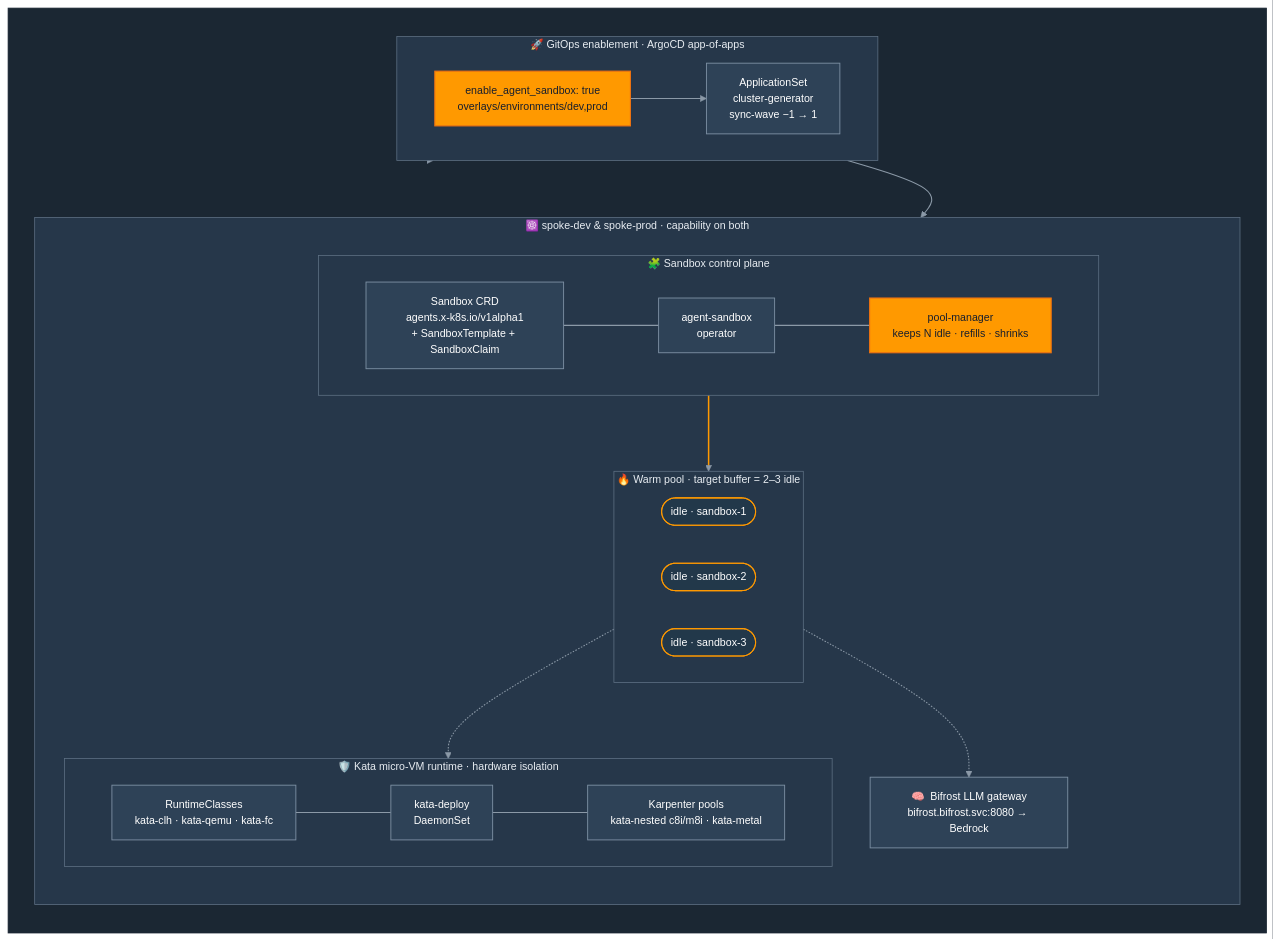
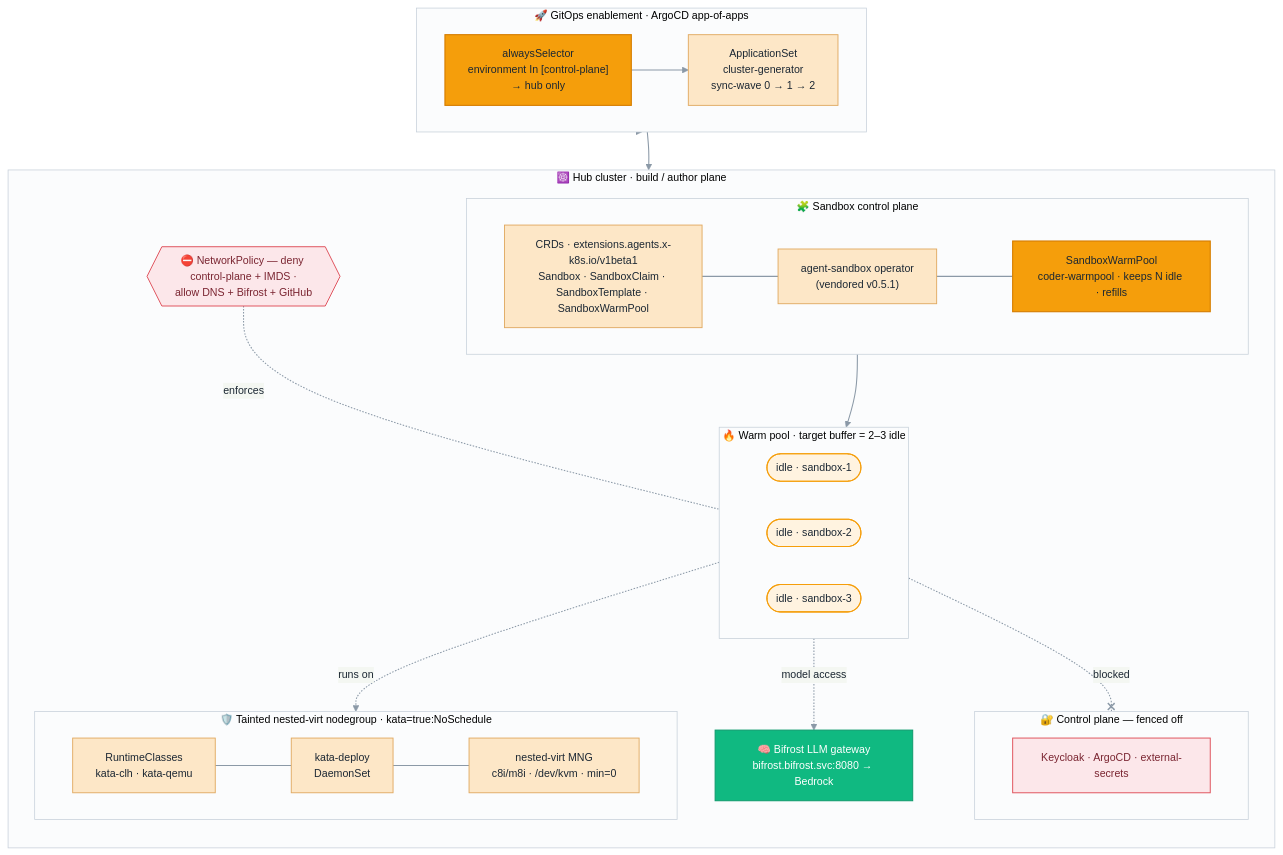
The first of 2 diagrams in docs/dark-factory/diagrams/flow-a-sandbox-capability.md (aws-samples/sample-open-agentic-platform), drawn with Mermaid before and after one commit. The commit also changed other lines of this file, not shown here.

Commit message:
docs(dark-factory): Flow A diagram — relocate sandbox capability to hub
Capability moves spoke-dev → hub (build/author plane, co-located with Argo
Workflows). Diagram now shows the tainted nested-virt nodegroup, native
SandboxWarmPool (not the dropped pool-manager), control-plane fencing +
NetworkPolicy egress lockdown, and hub-only alwaysSelector gating. Restyled to
the EKS-isolation deck palette (gray/orange/green/pink, light background).

````diff
--- a/docs/dark-factory/diagrams/flow-a-sandbox-capability.md
+++ b/docs/dark-factory/diagrams/flow-a-sandbox-capability.md
@@ -13,65 +23,66 @@
 ```mermaid
 %%{init: {'theme':'base','themeVariables':{
   'fontFamily':'Amazon Ember, Helvetica, Arial, sans-serif','fontSize':'14px',
-  'primaryColor':'#2E3E50','primaryBorderColor':'#5F7185','primaryTextColor':'#FFFFFF',
-  'lineColor':'#8B99A7','clusterBkg':'#26374A','clusterBorder':'#5F7185',
-  'tertiaryColor':'#1B2733'}}}%%
+  'primaryColor':'#F2F4F7','primaryBorderColor':'#B6C0CC','primaryTextColor':'#1B2733',
+  'lineColor':'#8B99A7','clusterBkg':'#FBFCFD','clusterBorder':'#C7D0DA'}}}%%
 flowchart TB
-    classDef canvas  fill:#1B2733,stroke:#1B2733,color:#FFFFFF;
-    classDef band    fill:#26374A,stroke:#5F7185,color:#E8EDF2,stroke-width:1px;
-    classDef node    fill:#2E4257,stroke:#7C8FA3,color:#FFFFFF,stroke-width:1.2px;
-    classDef accent  fill:#FF9900,stroke:#EC7211,color:#161E2D,stroke-width:1.5px;
-    classDef warm    fill:#22384A,stroke:#FF9900,color:#FFFFFF,stroke-width:1.4px;
-    classDef muted   fill:#243244,stroke:#415266,color:#AEB8C4,stroke-width:1px;
+    classDef active  fill:#F59E0B,stroke:#D67E00,color:#1B2733,stroke-width:1.5px;
+    classDef ok      fill:#10B981,stroke:#0E9A6C,color:#FFFFFF,stroke-width:1.3px;
+    classDef node    fill:#FDE7C7,stroke:#E0A960,color:#1B2733,stroke-width:1.2px;
+    classDef vm      fill:#FFF3E0,stroke:#F59E0B,color:#1B2733,stroke-width:1.4px;
+    classDef guard   fill:#FCE7EA,stroke:#E0555F,color:#7A2531,stroke-width:1.3px;
+    classDef neutral fill:#ECEFF3,stroke:#B6C0CC,color:#1B2733,stroke-width:1px;
 
-    subgraph CANVAS["  "]
+    subgraph GITOPS["🚀  GitOps enablement · ArgoCD app-of-apps"]
+        direction LR
+        FLAG["alwaysSelector<br/>environment In [control-plane]<br/>→ hub only"]:::active
+        APPSET["ApplicationSet<br/>cluster-generator<br/>sync-wave 0 → 1 → 2"]:::node
+        FLAG --> APPSET
+    end
+
+    subgraph HUB["☸️  Hub cluster · build / author plane"]
     direction TB
 
-        subgraph GITOPS["🚀  GitOps enablement · ArgoCD app-of-apps"]
+        subgraph CP["🔐  Control plane — fenced off"]
             direction LR
-            FLAG["enable_agent_sandbox: true<br/>overlays/environments/dev,prod"]:::accent
-            APPSET["ApplicationSet<br/>cluster-generator<br/>sync-wave −1 → 1"]:::node
-            FLAG --> APPSET
+            KC["Keycloak · ArgoCD · external-secrets"]:::guard
         end
 
-        subgraph CLUSTER["☸️  spoke-dev  &amp;  spoke-prod  ·  capability on both"]
-            direction TB
+        subgraph OPER["🧩  Sandbox control plane"]
+            direction LR
+            CRD["CRDs · extensions.agents.x-k8s.io/v1beta1<br/>Sandbox · SandboxClaim · SandboxTemplate · SandboxWarmPool"]:::node
+            OPCTL["agent-sandbox operator<br/>(vendored v0.5.1)"]:::node
+            WP["SandboxWarmPool<br/>coder-warmpool · keeps N idle · refills"]:::active
+            CRD --- OPCTL --- WP
+        end
 
-            subgraph OPER["🧩  Sandbox control plane"]
-                direction LR
-                CRD["Sandbox CRD<br/>agents.x-k8s.io/v1alpha1<br/>+ SandboxTemplate + SandboxClaim"]:::node
-                OPCTL["agent-sandbox<br/>operator"]:::node
-                POOL["pool-manager<br/>keeps N idle · refills · shrinks"]:::accent
-                CRD --- OPCTL --- POOL
-            end
+        subgraph WARM["🔥  Warm pool · target buffer = 2–3 idle"]
+            direction LR
+            S1(["idle · sandbox-1"]):::vm
+            S2(["idle · sandbox-2"]):::vm
+            S3(["idle · sandbox-3"]):::vm
+        end
 
-            subgraph WARM["🔥  Warm pool · target buffer = 2–3 idle"]
-                direction LR
-                S1(["idle · sandbox-1"]):::warm
-                S2(["idle · sandbox-2"]):::warm
-                S3(["idle · sandbox-3"]):::warm
-            end
+        subgraph KATA["🛡️  Tainted nested-virt nodegroup · kata=true:NoSchedule"]
+            direction LR
+            RC["RuntimeClasses<br/>kata-clh · kata-qemu"]:::node
+            KD["kata-deploy<br/>DaemonSet"]:::node
+            MNG["nested-virt MNG<br/>c8i/m8i · /dev/kvm · min=0"]:::node
+            RC --- KD --- MNG
+        end
 
-            subgraph KATA["🛡️  Kata micro-VM runtime · hardware isolation"]
-                direction LR
-                RC["RuntimeClasses<br/>kata-clh · kata-qemu · kata-fc"]:::node
-                KD["kata-deploy<br/>DaemonSet"]:::node
-                NP["Karpenter pools<br/>kata-nested c8i/m8i · kata-metal"]:::node
-                RC --- KD --- NP
-            end
-
-            MODEL["🧠  Bifrost LLM gateway<br/>bifrost.bifrost.svc:8080 → Bedrock"]:::node
-        end
+        NP{{"⛔ NetworkPolicy — deny control-plane + IMDS ·<br/>allow DNS + Bifrost + GitHub"}}:::guard
+        MODEL["🧠 Bifrost LLM gateway<br/>bifrost.bifrost.svc:8080 → Bedrock"]:::ok
     end
 
     APPSET ==> OPER
     APPSET ==> KATA
-    POOL   ==> WARM
-    WARM   -.-> KATA
-    WARM   -.-> MODEL
+    WP ==> WARM
+    WARM -.runs on.-> KATA
+    WARM -.model access.-> MODEL
+    NP -. enforces .- WARM
+    WARM -. blocked .-x CP
 
-    class CANVAS canvas
-    class GITOPS,CLUSTER,OPER,WARM,KATA band
+    class GITOPS,HUB,CP,OPER,WARM,KATA band
     linkStyle default stroke:#8B99A7,stroke-width:1.4px;
-    linkStyle 7 stroke:#FF9900,stroke-width:2px;
 ```
````
